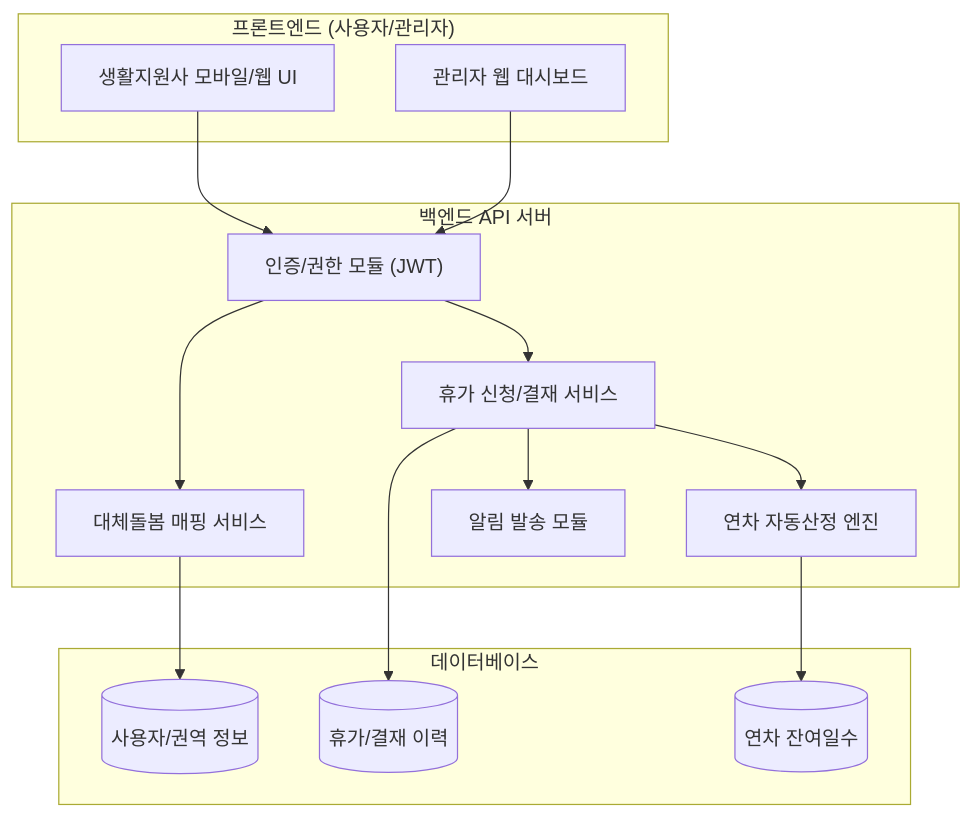
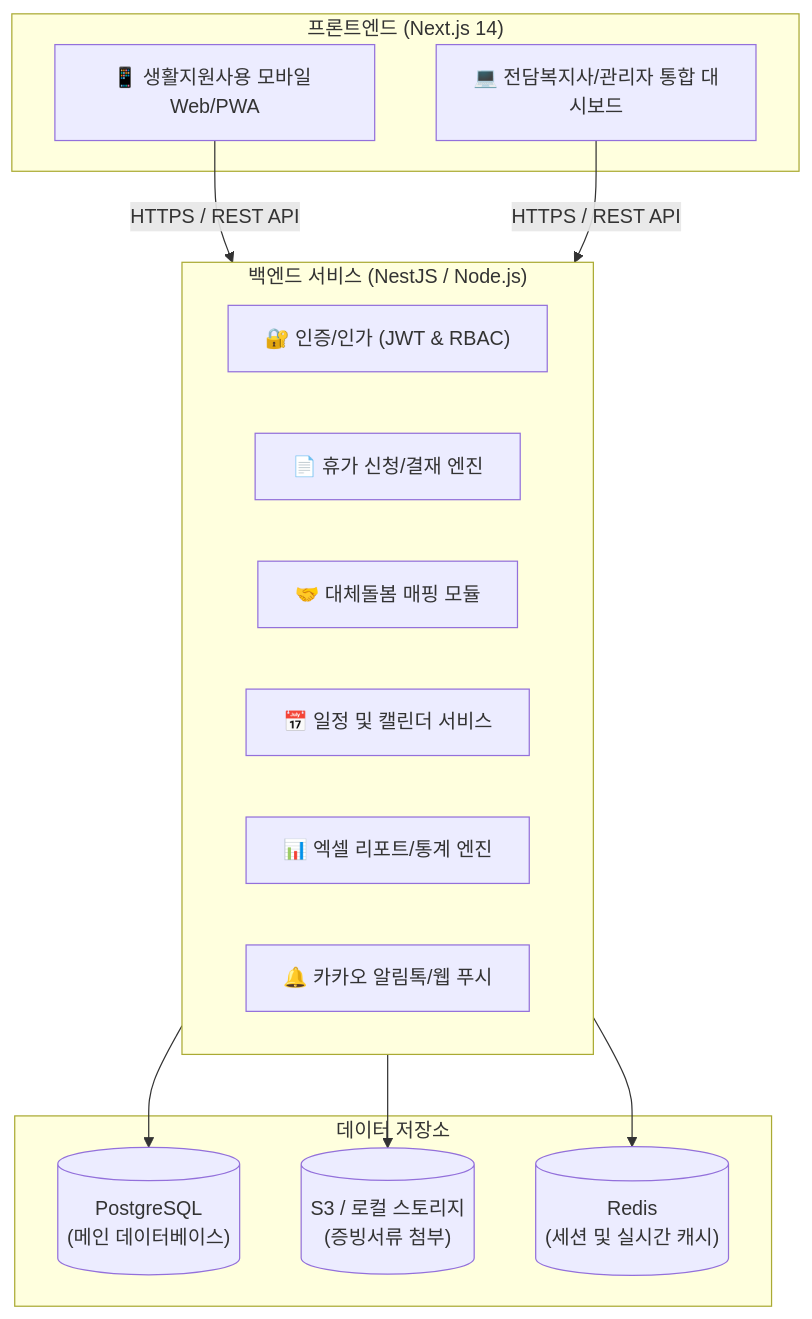
One commit to jinenji5123/-davemimi changed the second of 3 diagrams in README.md. Above: the diagram before and after it, drawn with Mermaid. The commit also changed other lines of this file, not shown here.

Commit message:
docs: 생활지원사 휴가관리 시스템 README 상세화 (결재 흐름도, 휴가 정책, API 명세 추가)

````diff
--- a/README.md
+++ b/README.md
@@ -49,31 +115,28 @@
 ```mermaid
 flowchart TD
-    subgraph Client ["프론트엔드 (사용자/관리자)"]
-        UI_User["생활지원사 모바일/웹 UI"]
-        UI_Admin["관리자 웹 대시보드"]
+    subgraph ClientLayer ["프론트엔드 (Next.js 14)"]
+        MobileClient["📱 생활지원사용 모바일 Web/PWA"]
+        AdminClient["💻 전담복지사/관리자 통합 대시보드"]
     end
 
-    subgraph Server ["백엔드 API 서버"]
-        Auth["인증/권한 모듈 (JWT)"]
-        Leave["휴가 신청/결재 서비스"]
-        Subst["대체돌봄 매핑 서비스"]
-        Calc["연차 자동산정 엔진"]
-        Notify["알림 발송 모듈"]
+    subgraph APILayer ["백엔드 서비스 (NestJS / Node.js)"]
+        AuthService["🔐 인증/인가 (JWT & RBAC)"]
+        LeaveService["📄 휴가 신청/결재 엔진"]
+        SubstituteService["🤝 대체돌봄 매핑 모듈"]
+        CalendarService["📅 일정 및 캘린더 서비스"]
+        ReportService["📊 엑셀 리포트/통계 엔진"]
+        NotificationService["🔔 카카오 알림톡/웹 푸시"]
     end
 
-    subgraph DB ["데이터베이스"]
-        UserDB[("사용자/권역 정보")]
-        LeaveDB[("휴가/결재 이력")]
-        BalanceDB[("연차 잔여일수")]
+    subgraph StorageLayer ["데이터 저장소"]
+        DB[("PostgreSQL\n(메인 데이터베이스)")]
+        FileStore[("S3 / 로컬 스토리지\n(증빙서류 첨부)")]
+        RedisCache[("Redis\n(세션 및 실시간 캐시)")]
     end
 
-    UI_User --> Auth
-    UI_Admin --> Auth
-    Auth --> Leave
-    Auth --> Subst
-    Leave --> Calc
-    Leave --> Notify
-    Leave --> LeaveDB
-    Subst --> UserDB
-    Calc --> BalanceDB
+    MobileClient -->|HTTPS / REST API| APILayer
+    AdminClient -->|HTTPS / REST API| APILayer
+    APILayer --> DB
+    APILayer --> FileStore
+    APILayer --> RedisCache
 ```
````
